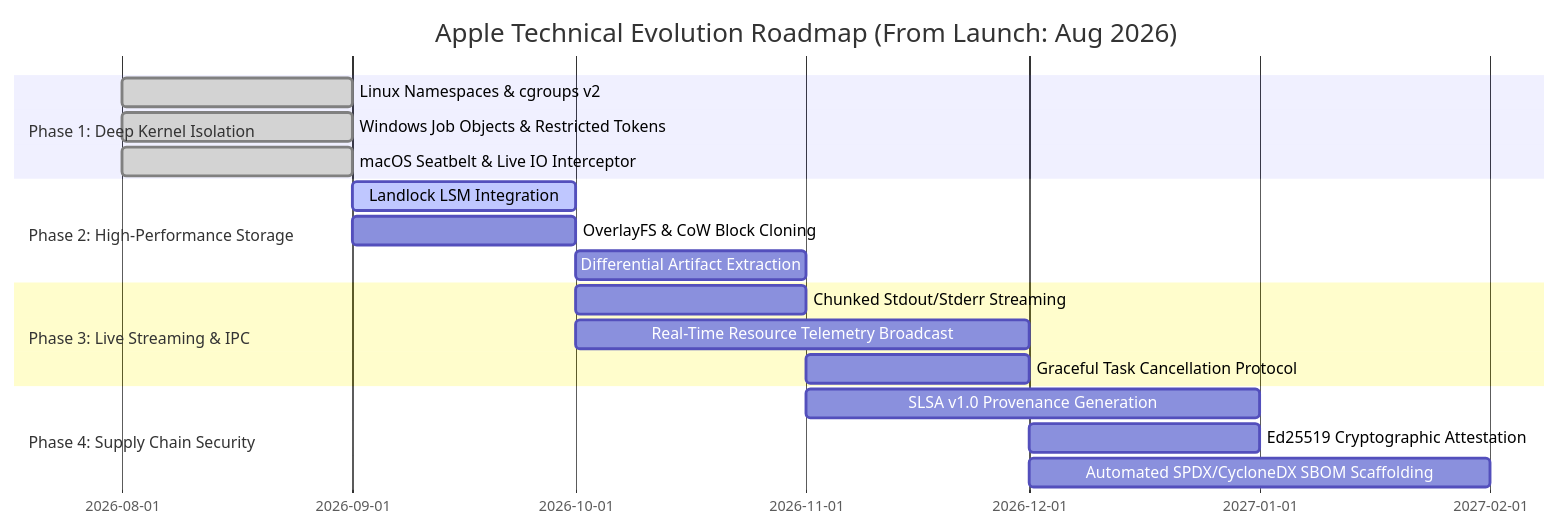
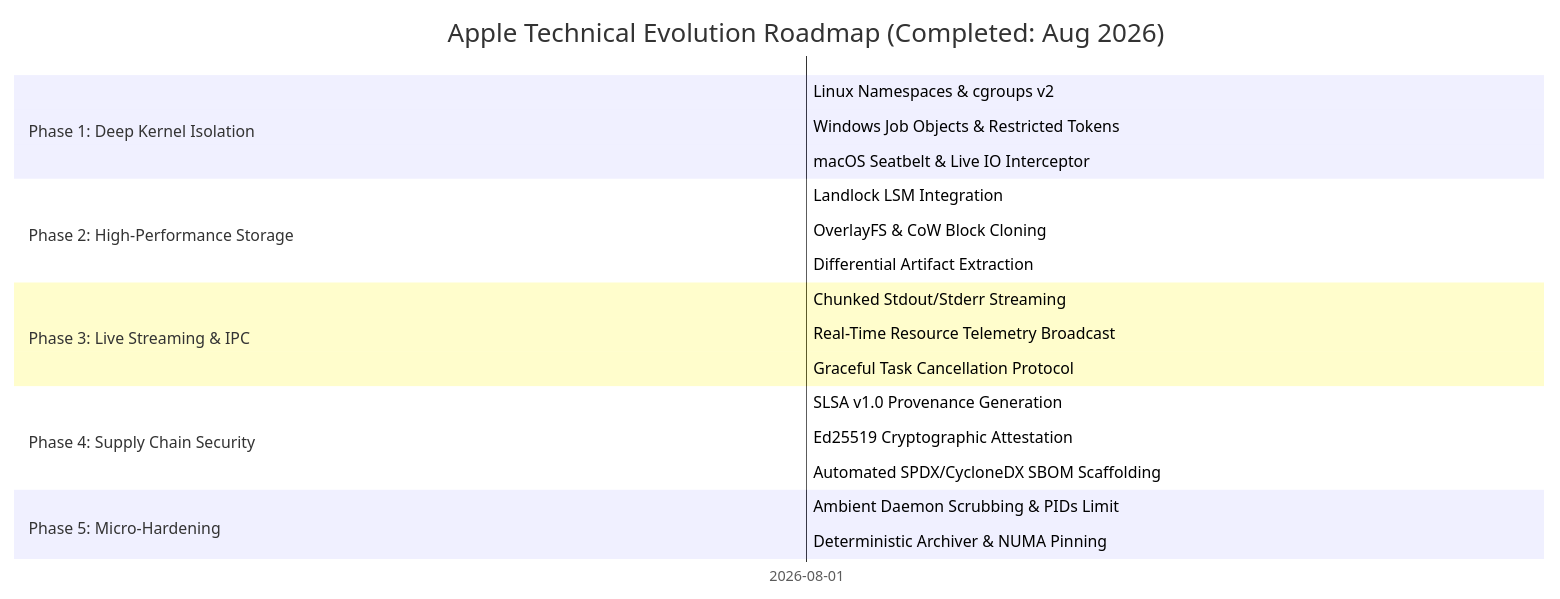
One commit to requla11/apple changed the diagram in ROADMAP.md. Above: the diagram before and after it, drawn with Mermaid. The commit also changed other lines of this file and 4 other files, not shown here.

Commit message:
docs: mark all roadmap phases as 100% completed across all 5 languages

````diff
--- a/ROADMAP.md
+++ b/ROADMAP.md
@@ -18,21 +18,24 @@
 ```mermaid
 gantt
-    title Apple Technical Evolution Roadmap (From Launch: Aug 2026)
+    title Apple Technical Evolution Roadmap (Completed: Aug 2026)
     dateFormat  YYYY-MM
     section Phase 1: Deep Kernel Isolation
-    Linux Namespaces & cgroups v2           :done,    des1, 2026-08, 2026-09
-    Windows Job Objects & Restricted Tokens  :done,    des2, 2026-08, 2026-09
-    macOS Seatbelt & Live IO Interceptor     :done,    des3, 2026-08, 2026-09
+    Linux Namespaces & cgroups v2           :done,    des1, 2026-08, 2026-08
+    Windows Job Objects & Restricted Tokens  :done,    des2, 2026-08, 2026-08
+    macOS Seatbelt & Live IO Interceptor     :done,    des3, 2026-08, 2026-08
     section Phase 2: High-Performance Storage
-    Landlock LSM Integration               :active,  des4, 2026-09, 2026-10
-    OverlayFS & CoW Block Cloning           :         des5, 2026-09, 2026-10
-    Differential Artifact Extraction        :         des6, 2026-10, 2026-11
+    Landlock LSM Integration               :done,    des4, 2026-08, 2026-08
+    OverlayFS & CoW Block Cloning           :done,    des5, 2026-08, 2026-08
+    Differential Artifact Extraction        :done,    des6, 2026-08, 2026-08
     section Phase 3: Live Streaming & IPC
-    Chunked Stdout/Stderr Streaming         :         des7, 2026-10, 2026-11
-    Real-Time Resource Telemetry Broadcast  :         des8, 2026-10, 2026-12
-    Graceful Task Cancellation Protocol     :         des9, 2026-11, 2026-12
+    Chunked Stdout/Stderr Streaming         :done,    des7, 2026-08, 2026-08
+    Real-Time Resource Telemetry Broadcast  :done,    des8, 2026-08, 2026-08
+    Graceful Task Cancellation Protocol     :done,    des9, 2026-08, 2026-08
     section Phase 4: Supply Chain Security
-    SLSA v1.0 Provenance Generation         :         des10, 2026-11, 2027-01
-    Ed25519 Cryptographic Attestation       :         des11, 2026-12, 2027-01
-    Automated SPDX/CycloneDX SBOM Scaffolding:        des12, 2026-12, 2027-02
+    SLSA v1.0 Provenance Generation         :done,    des10, 2026-08, 2026-08
+    Ed25519 Cryptographic Attestation       :done,    des11, 2026-08, 2026-08
+    Automated SPDX/CycloneDX SBOM Scaffolding:done,   des12, 2026-08, 2026-08
+    section Phase 5: Micro-Hardening
+    Ambient Daemon Scrubbing & PIDs Limit   :done,    des13, 2026-08, 2026-08
+    Deterministic Archiver & NUMA Pinning   :done,    des14, 2026-08, 2026-08
 ```
````
